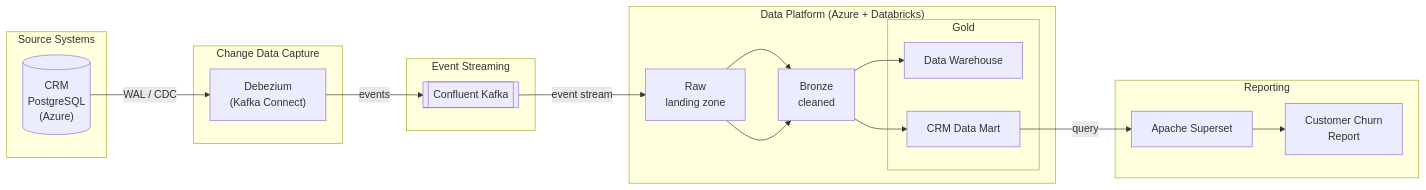
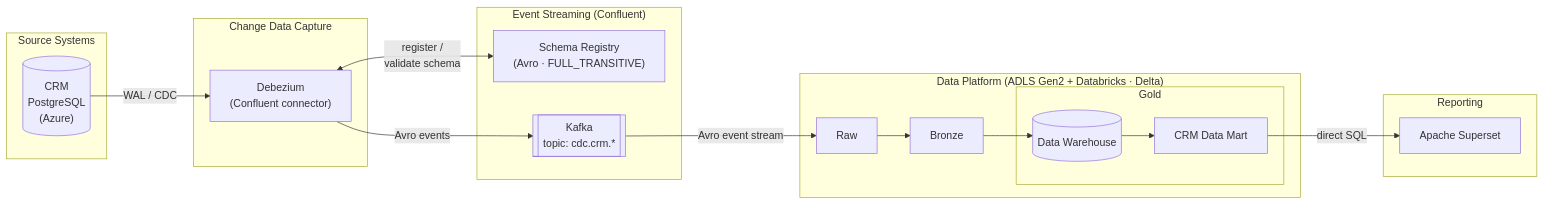
Before and after one commit to samuelramos/entourage: the diagram in colaco-arch/README.md, drawn with Mermaid. The commit also changed other lines of this file, not shown here.

First line of the commit message:
Update README with current architecture: Schema Registry, Delta, ADLS Gen2, direct SQL, CRM scope

````diff
--- a/colaco-arch/README.md
+++ b/colaco-arch/README.md
@@ -7,36 +9,36 @@
 ```mermaid
 flowchart LR
     subgraph Source["Source Systems"]
         crm[("CRM\nPostgreSQL\n(Azure)")]
     end
 
     subgraph CDC["Change Data Capture"]
-        debezium["Debezium\n(Kafka Connect)"]
+        debezium["Debezium\n(Confluent connector)"]
     end
 
-    subgraph Streaming["Event Streaming"]
-        kafka[["Confluent Kafka"]]
+    subgraph Streaming["Event Streaming (Confluent)"]
+        sr["Schema Registry\n(Avro · FULL_TRANSITIVE)"]
+        kafka[["Kafka\ntopic: cdc.crm.*"]]
+        debezium <-->|"register /\nvalidate schema"| sr
+        debezium -->|"Avro events"| kafka
     end
 
-    subgraph Platform["Data Platform (Azure + Databricks)"]
-        raw["Raw\nlanding zone"]
-        bronze["Bronze\ncleaned"]
+    subgraph Platform["Data Platform (ADLS Gen2 + Databricks · Delta)"]
+        raw["Raw"]
+        bronze["Bronze"]
         subgraph Gold["Gold"]
-            dw["Data Warehouse"]
+            dw[("Data Warehouse")]
             crm_mart["CRM Data Mart"]
+            dw --> crm_mart
         end
         raw --> bronze --> dw
-        raw --> bronze --> crm_mart
     end
 
     subgraph Reporting["Reporting"]
         superset["Apache Superset"]
-        churn["Customer Churn\nReport"]
-        superset --> churn
     end
 
-    crm -->|WAL / CDC| debezium
-    debezium -->|events| kafka
-    kafka -->|event stream| raw
-    crm_mart -->|query| superset
+    crm -->|"WAL / CDC"| debezium
+    kafka -->|"Avro event stream"| raw
+    crm_mart -->|"direct SQL"| superset
 ```
````
